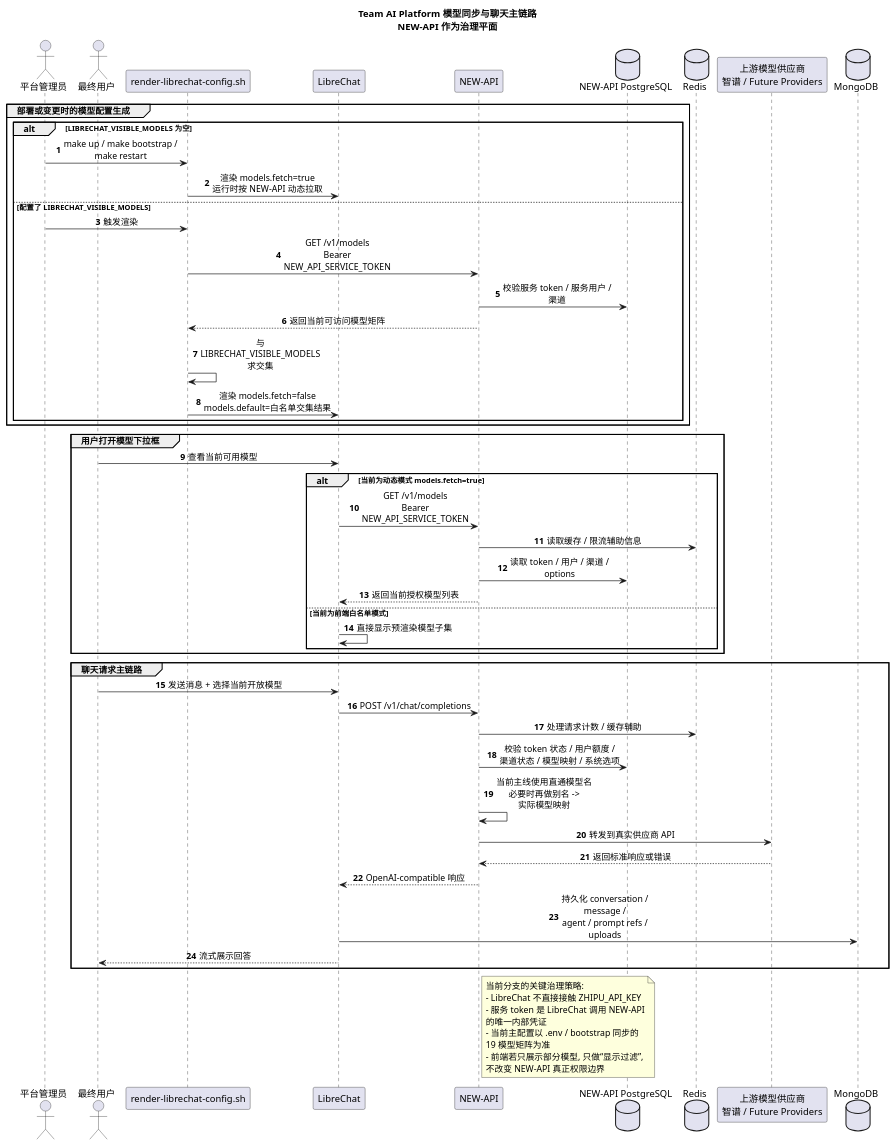
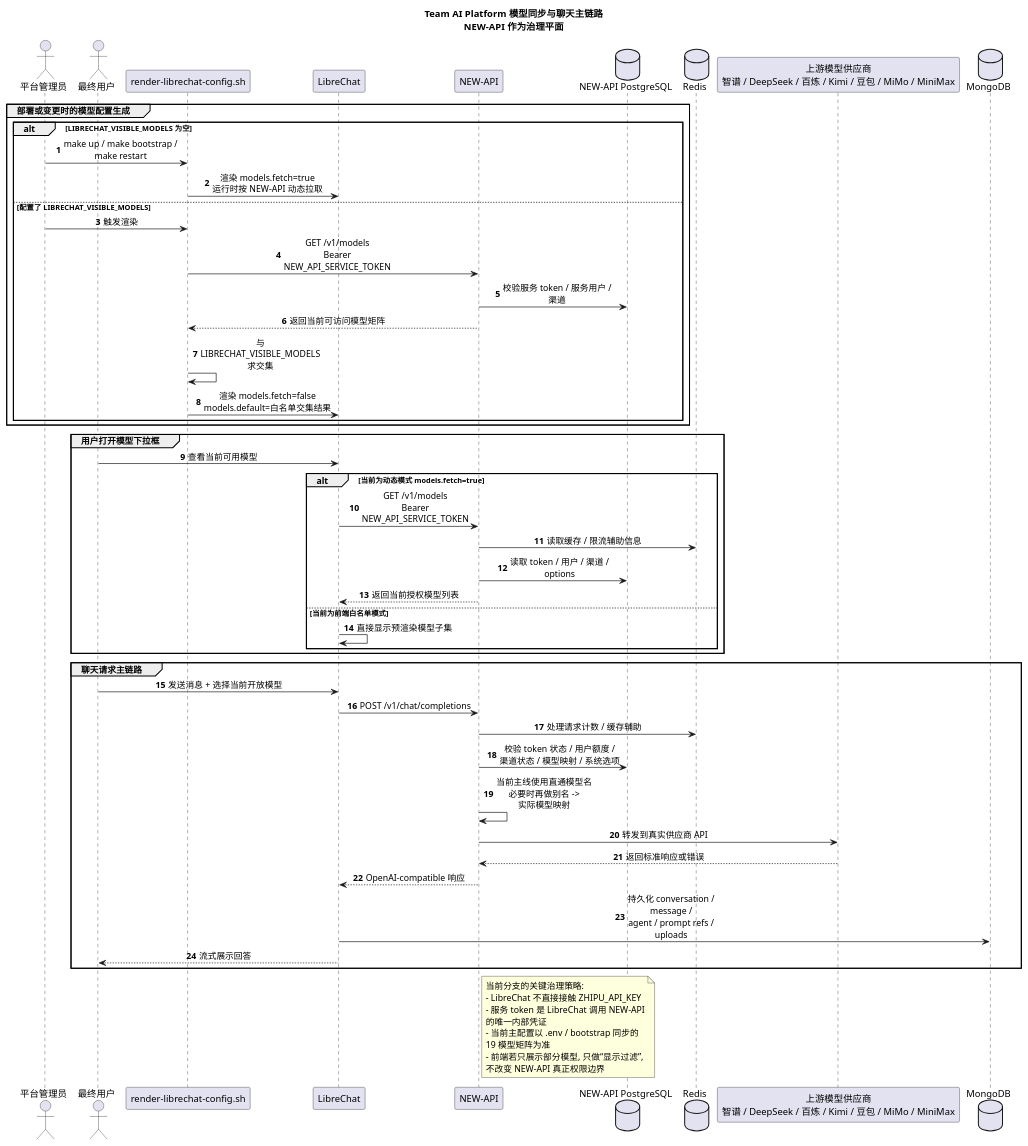
The diagram in docs/architecture/puml/20260422_162931_model_sync_and_chat_main_flow.puml (liguiqi/Team-AI-Platform), drawn with PlantUML before and after one commit. The commit also changed 39 other files, not shown here.

```diff
--- a/docs/architecture/puml/20260422_162931_model_sync_and_chat_main_flow.puml
+++ b/docs/architecture/puml/20260422_162931_model_sync_and_chat_main_flow.puml
@@ -1,67 +1,67 @@
 @startuml
 title Team AI Platform 模型同步与聊天主链路\nNEW-API 作为治理平面
 
 autonumber
 skinparam shadowing false
 skinparam sequenceMessageAlign center
 skinparam wrapWidth 240
 skinparam maxMessageSize 180
 
 actor "平台管理员" as Admin
 actor "最终用户" as User
 participant "render-librechat-config.sh" as RenderLibre
 participant "LibreChat" as Libre
 participant "NEW-API" as NewAPI
 database "NEW-API PostgreSQL" as PG
 database "Redis" as Redis
-participant "上游模型供应商\n智谱 / Future Providers" as LLM
+participant "上游模型供应商\n智谱 / DeepSeek / 百炼 / Kimi / 豆包 / MiMo / MiniMax" as LLM
 database "MongoDB" as Mongo
 
 group 部署或变更时的模型配置生成
   alt LIBRECHAT_VISIBLE_MODELS 为空
     Admin -> RenderLibre : make up / make bootstrap / make restart
     RenderLibre -> Libre : 渲染 models.fetch=true\n运行时按 NEW-API 动态拉取
   else 配置了 LIBRECHAT_VISIBLE_MODELS
     Admin -> RenderLibre : 触发渲染
     RenderLibre -> NewAPI : GET /v1/models\nBearer NEW_API_SERVICE_TOKEN
     NewAPI -> PG : 校验服务 token / 服务用户 / 渠道
     NewAPI --> RenderLibre : 返回当前可访问模型矩阵
     RenderLibre -> RenderLibre : 与 LIBRECHAT_VISIBLE_MODELS 求交集
     RenderLibre -> Libre : 渲染 models.fetch=false\nmodels.default=白名单交集结果
   end
 end
 
 group 用户打开模型下拉框
   User -> Libre : 查看当前可用模型
   alt 当前为动态模式 models.fetch=true
     Libre -> NewAPI : GET /v1/models\nBearer NEW_API_SERVICE_TOKEN
     NewAPI -> Redis : 读取缓存 / 限流辅助信息
     NewAPI -> PG : 读取 token / 用户 / 渠道 / options
     NewAPI --> Libre : 返回当前授权模型列表
   else 当前为前端白名单模式
     Libre -> Libre : 直接显示预渲染模型子集
   end
 end
 
 group 聊天请求主链路
   User -> Libre : 发送消息 + 选择当前开放模型
   Libre -> NewAPI : POST /v1/chat/completions
   NewAPI -> Redis : 处理请求计数 / 缓存辅助
   NewAPI -> PG : 校验 token 状态 / 用户额度 /\n渠道状态 / 模型映射 / 系统选项
   NewAPI -> NewAPI : 当前主线使用直通模型名\n必要时再做别名 -> 实际模型映射
   NewAPI -> LLM : 转发到真实供应商 API
   LLM --> NewAPI : 返回标准响应或错误
   NewAPI --> Libre : OpenAI-compatible 响应
   Libre -> Mongo : 持久化 conversation / message /\nagent / prompt refs / uploads
   Libre --> User : 流式展示回答
 end
 
 note right of NewAPI
 当前分支的关键治理策略:
 - LibreChat 不直接接触 ZHIPU_API_KEY
 - 服务 token 是 LibreChat 调用 NEW-API 的唯一内部凭证
 - 当前主配置以 .env / bootstrap 同步的 19 模型矩阵为准
 - 前端若只展示部分模型, 只做“显示过滤”, 不改变 NEW-API 真正权限边界
 end note
 
 @enduml
```
